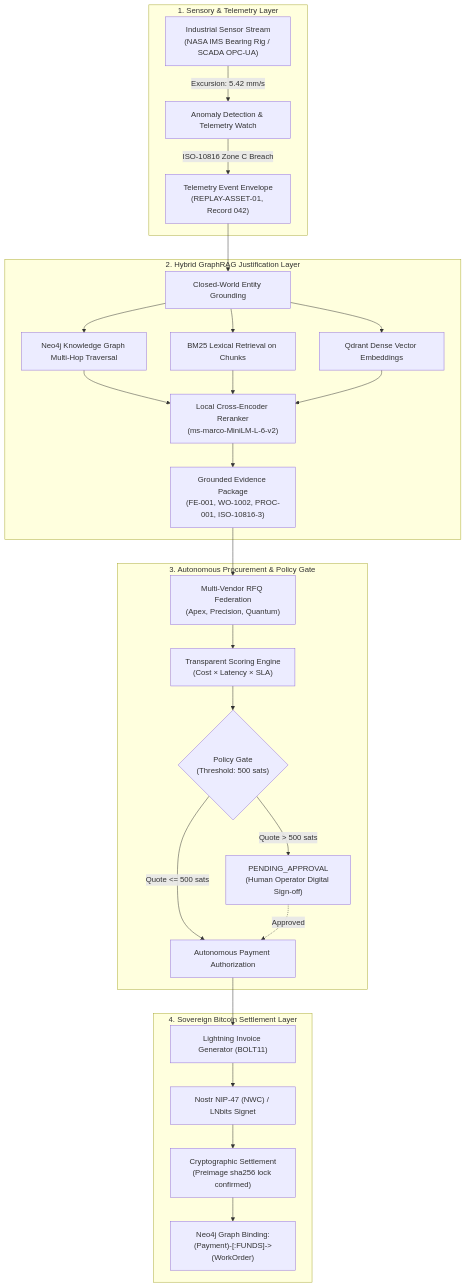
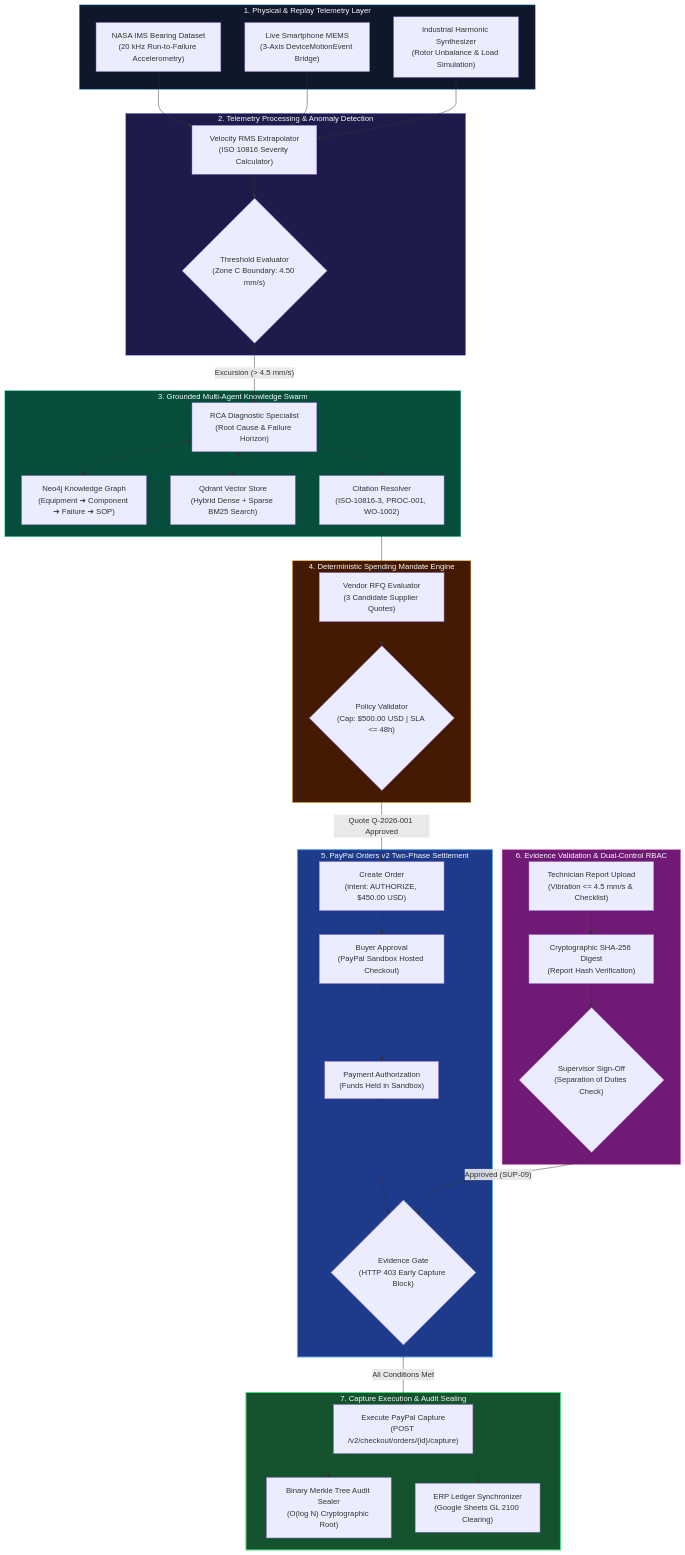
One commit to Niss54/paypal changed the first of 6 diagrams in ARCHITECTURE.md. Above: the diagram before and after it, drawn with Mermaid. The commit also changed other lines of this file and 1 other file, not shown here.

Commit message:
chore: clean up root directory, archive legacy PRD, and synchronize root ARCHITECTURE.md with docs specification

````diff
--- a/ARCHITECTURE.md
+++ b/ARCHITECTURE.md
@@ -16,33 +26,72 @@
 ```mermaid
 flowchart TD
-    subgraph SENSORY["1. Sensory & Telemetry Layer"]
-        A["Industrial Sensor Stream<br/>(NASA IMS Bearing Rig / SCADA OPC-UA)"] -->|Excursion: 5.42 mm/s| B["Anomaly Detection & Telemetry Watch"]
-        B -->|ISO-10816 Zone C Breach| C["Telemetry Event Envelope<br/>(REPLAY-ASSET-01, Record 042)"]
+    subgraph SENSORS["1. Physical & Replay Telemetry Layer"]
+        S1["NASA IMS Bearing Dataset<br/>(20 kHz Run-to-Failure Accelerometry)"]
+        S2["Live Smartphone MEMS<br/>(3-Axis DeviceMotionEvent Bridge)"]
+        S3["Industrial Harmonic Synthesizer<br/>(Rotor Unbalance & Load Simulation)"]
     end
 
-    subgraph REASONING["2. Hybrid GraphRAG Justification Layer"]
-        C --> D["Closed-World Entity Grounding"]
-        D --> E["Neo4j Knowledge Graph Multi-Hop Traversal"]
-        D --> F["BM25 Lexical Retrieval on Chunks"]
-        D --> G["Qdrant Dense Vector Embeddings"]
-        E & F & G --> H["Local Cross-Encoder Reranker<br/>(ms-marco-MiniLM-L-6-v2)"]
-        H --> I["Grounded Evidence Package<br/>(FE-001, WO-1002, PROC-001, ISO-10816-3)"]
+    subgraph INGESTION["2. Telemetry Processing & Anomaly Detection"]
+        TP1["Velocity RMS Extrapolator<br/>(ISO 10816 Severity Calculator)"]
+        TP2{"Threshold Evaluator<br/>(Zone C Boundary: 4.50 mm/s)"}
+        S1 --> TP1
+        S2 --> TP1
+        S3 --> TP1
+        TP1 --> TP2
     end
 
-    subgraph PROCUREMENT["3. Autonomous Procurement & Policy Gate"]
-        I --> J["Multi-Vendor RFQ Federation<br/>(Apex, Precision, Quantum)"]
-        J --> K["Transparent Scoring Engine<br/>(Cost × Latency × SLA)"]
-        K --> L{"Policy Gate<br/>(Threshold: 500 sats)"}
-        L -->|Quote <= 500 sats| M["Autonomous Payment Authorization"]
-        L -->|Quote > 500 sats| N["PENDING_APPROVAL<br/>(Human Operator Digital Sign-off)"]
+    subgraph GRAPHRAG["3. Grounded Multi-Agent Knowledge Swarm"]
+        NEO["Neo4j Knowledge Graph<br/>(Equipment ➔ Component ➔ Failure ➔ SOP)"]
+        QDR["Qdrant Vector Store<br/>(Hybrid Dense + Sparse BM25 Search)"]
+        RCA["RCA Diagnostic Specialist<br/>(Root Cause & Failure Horizon)"]
+        CIT["Citation Resolver<br/>(ISO-10816-3, PROC-001, WO-1002)"]
+        TP2 -- "Excursion (> 4.5 mm/s)" --> RCA
+        RCA <--> NEO
+        RCA <--> QDR
+        RCA --> CIT
     end
 
-    subgraph SETTLEMENT["4. Sovereign Bitcoin Settlement Layer"]
-        M --> O["Lightning Invoice Generator (BOLT11)"]
-        O --> P["Nostr NIP-47 (NWC) / LNbits Signet"]
-        P --> Q["Cryptographic Settlement<br/>(Preimage sha256 lock confirmed)"]
-        Q --> R["Neo4j Graph Binding:<br/>(Payment)-[:FUNDS]->(WorkOrder)"]
+    subgraph MANDATE["4. Deterministic Spending Mandate Engine"]
+        RFQ["Vendor RFQ Evaluator<br/>(3 Candidate Supplier Quotes)"]
+        POL{"Policy Validator<br/>(Cap: $500.00 USD | SLA <= 48h)"}
+        CIT --> RFQ
+        RFQ --> POL
     end
 
-    N -.->|Approved| M
+    subgraph PAYPAL["5. PayPal Orders v2 Two-Phase Settlement"]
+        ORD["Create Order<br/>(intent: AUTHORIZE, $450.00 USD)"]
+        APP["Buyer Approval<br/>(PayPal Sandbox Hosted Checkout)"]
+        AUT["Payment Authorization<br/>(Funds Held in Sandbox)"]
+        GATE{"Evidence Gate<br/>(HTTP 403 Early Capture Block)"}
+        POL -- "Quote Q-2026-001 Approved" --> ORD
+        ORD --> APP
+        APP --> AUT
+        AUT --> GATE
+    end
+
+    subgraph VERIFICATION["6. Evidence Validation & Dual-Control RBAC"]
+        REP["Technician Report Upload<br/>(Vibration <= 4.5 mm/s & Checklist)"]
+        HASH["Cryptographic SHA-256 Digest<br/>(Report Hash Verification)"]
+        SUP{"Supervisor Sign-Off<br/>(Separation of Duties Check)"}
+        REP --> HASH
+        HASH --> SUP
+        SUP -- "Approved (SUP-09)" --> GATE
+    end
+
+    subgraph SETTLEMENT["7. Capture Execution & Audit Sealing"]
+        CAP["Execute PayPal Capture<br/>(POST /v2/checkout/orders/{id}/capture)"]
+        MRK["Binary Merkle Tree Audit Sealer<br/>(O(log N) Cryptographic Root)"]
+        ERP["ERP Ledger Synchronizer<br/>(Google Sheets GL 2100 Clearing)"]
+        GATE -- "All Conditions Met" --> CAP
+        CAP --> MRK
+        CAP --> ERP
+    end
+
+    style SENSORS fill:#0f172a,stroke:#38bdf8,stroke-width:1px,color:#f8fafc
+    style INGESTION fill:#1e1b4b,stroke:#818cf8,stroke-width:1px,color:#f8fafc
+    style GRAPHRAG fill:#064e3b,stroke:#34d399,stroke-width:1px,color:#f8fafc
+    style MANDATE fill:#451a03,stroke:#fbbf24,stroke-width:1px,color:#f8fafc
+    style PAYPAL fill:#1e3a8a,stroke:#60a5fa,stroke-width:2px,color:#f8fafc
+    style VERIFICATION fill:#701a75,stroke:#f472b6,stroke-width:1px,color:#f8fafc
+    style SETTLEMENT fill:#14532d,stroke:#4ade80,stroke-width:2px,color:#f8fafc
 ```
````
